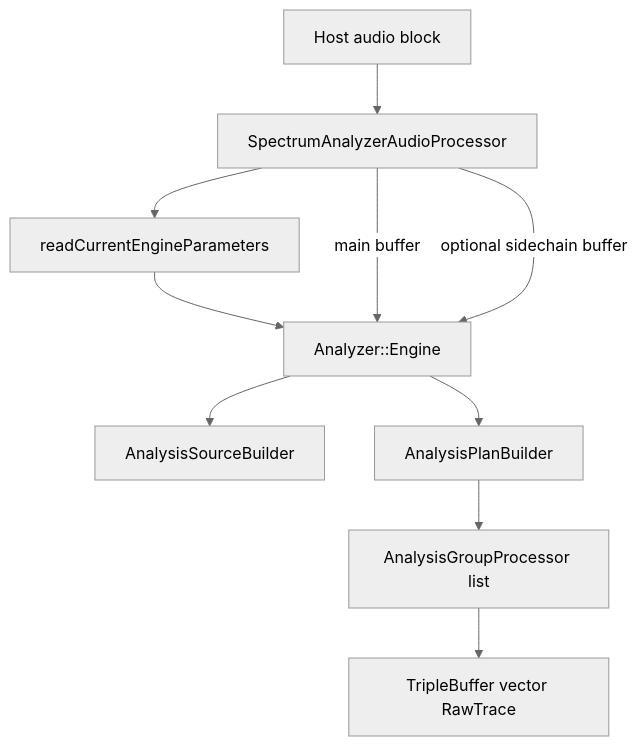
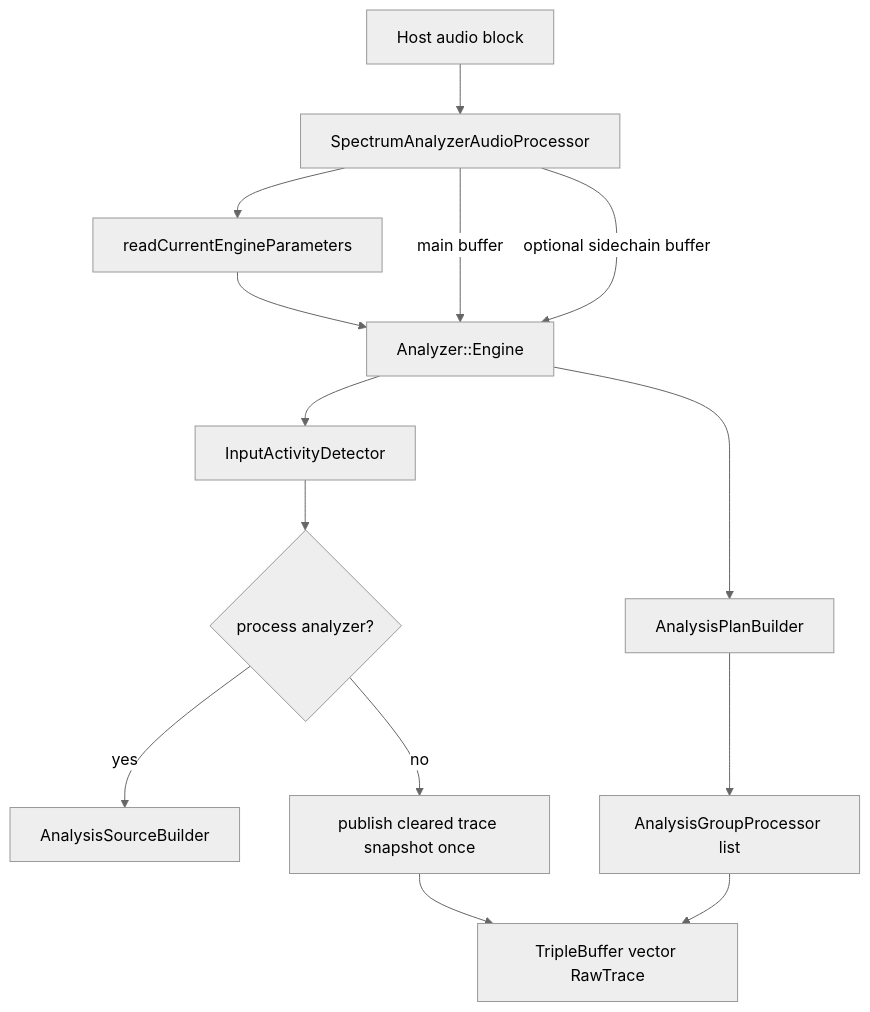
One commit to Silenterc/Band-Spectrum-Analyzer changed the first of 8 diagrams in docs/audio-processing-architecture.md. Above: the diagram before and after it, drawn with Mermaid (neutral theme). The commit also changed other lines of this file and 17 other files, not shown here.

````diff
--- a/docs/audio-processing-architecture.md
+++ b/docs/audio-processing-architecture.md
@@ -7,12 +7,16 @@
 ```mermaid
 flowchart TD
     Host[Host audio block] --> Processor[SpectrumAnalyzerAudioProcessor]
     Processor --> Params[readCurrentEngineParameters]
     Params --> Engine[Analyzer::Engine]
     Processor -->|main buffer| Engine
     Processor -->|optional sidechain buffer| Engine
-    Engine --> SourceBuilder[AnalysisSourceBuilder]
+    Engine --> Activity[InputActivityDetector]
+    Activity --> Gate{process analyzer?}
+    Gate -->|yes| SourceBuilder[AnalysisSourceBuilder]
+    Gate -->|no| Silence[publish cleared trace snapshot once]
     Engine --> PlanBuilder[AnalysisPlanBuilder]
     PlanBuilder --> Processors[AnalysisGroupProcessor list]
     Processors --> Published[TripleBuffer vector RawTrace]
+    Silence --> Published
 ```
````
